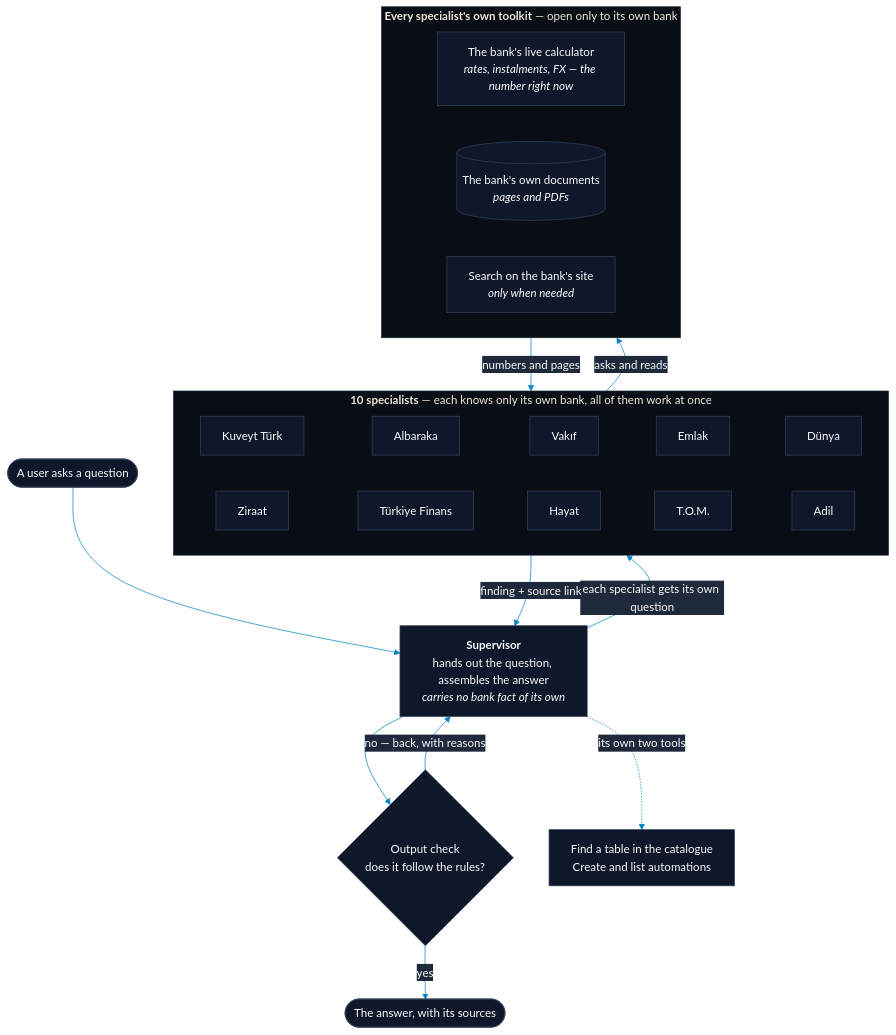
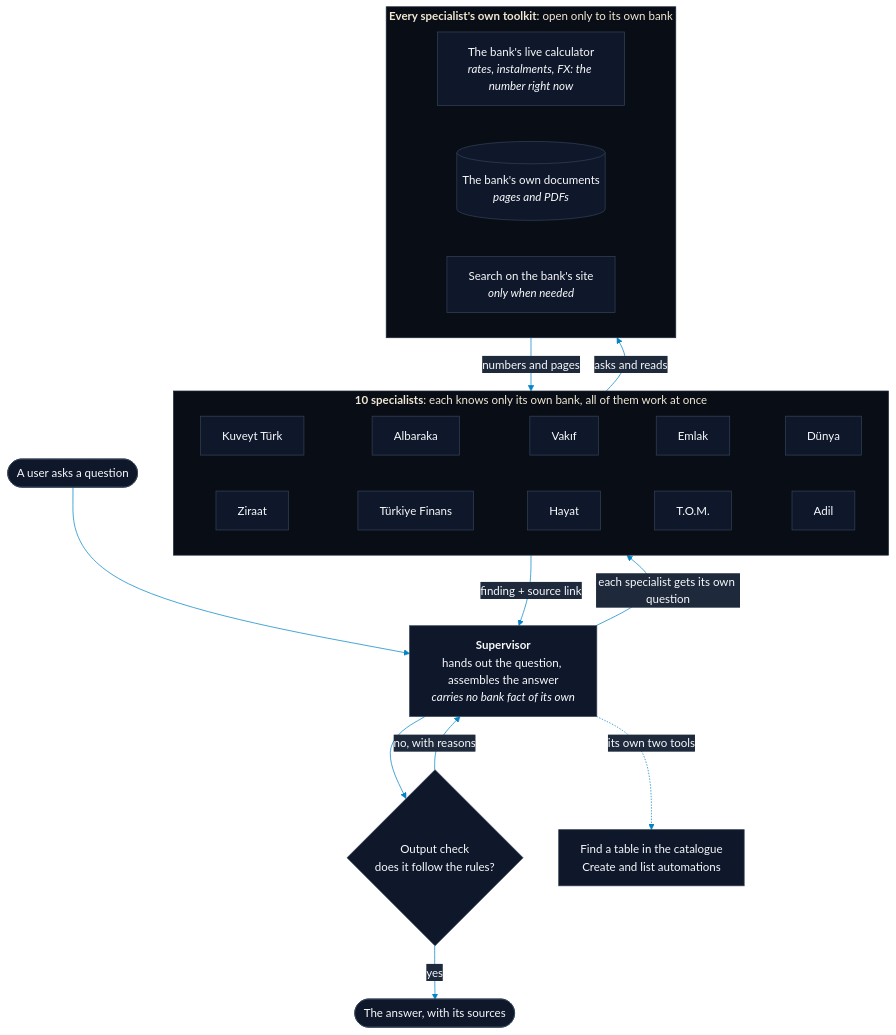
One commit to Abdurrahman-Wahdan/TEKNOFEST2026-Yapay-Zeka-Dil-Ajanlari-Yarismasi-KERMITS changed diagram 14 of 18 in README.md. Above: the diagram before and after it, drawn with Mermaid. The commit also changed other lines of this file, not shown here.

````diff
--- a/README.md
+++ b/README.md
@@ -1086,32 +1062,32 @@
 ```mermaid
 %%{init: {'theme':'base','themeVariables':{'primaryColor':'#0f172a','primaryTextColor':'#f8fafc','primaryBorderColor':'#334155','lineColor':'#0284c7','secondaryColor':'#1e293b','tertiaryColor':'#0f172a','clusterBkg':'#090d16','clusterBorder':'#1e293b'}}}%%
 flowchart TB
     U(["A user asks a question"])
     SUP["<b>Supervisor</b><br/>hands out the question, assembles the answer<br/><i>carries no bank fact of its own</i>"]
 
     U --> SUP
 
-    subgraph SPEC["<b>10 specialists</b> — each knows only its own bank, all of them work at once"]
+    subgraph SPEC["<b>10 specialists</b>: each knows only its own bank, all of them work at once"]
         direction LR
         S1["Kuveyt Türk"] ~~~ S2["Albaraka"] ~~~ S3["Vakıf"] ~~~ S4["Emlak"] ~~~ S5["Dünya"]
         S6["Ziraat"] ~~~ S7["Türkiye Finans"] ~~~ S8["Hayat"] ~~~ S9["T.O.M."] ~~~ S10["Adil"]
     end
 
-    subgraph TOOLS["<b>Every specialist's own toolkit</b> — open only to its own bank"]
+    subgraph TOOLS["<b>Every specialist's own toolkit</b>: open only to its own bank"]
         direction LR
-        T1["The bank's live calculator<br/><i>rates, instalments, FX — the number right now</i>"]
+        T1["The bank's live calculator<br/><i>rates, instalments, FX: the number right now</i>"]
         T2[("The bank's own documents<br/><i>pages and PDFs</i>")]
         T3["Search on the bank's site<br/><i>only when needed</i>"]
     end
 
     SUP -->|"each specialist gets its own question"| SPEC
     SPEC -->|"asks and reads"| TOOLS
     TOOLS -->|"numbers and pages"| SPEC
     SPEC -->|"finding + source link"| SUP
 
     SUP --> G{"Output check<br/>does it follow the rules?"}
-    G -->|"no — back, with reasons"| SUP
+    G -->|"no, with reasons"| SUP
     G -->|"yes"| OUT(["The answer, with its sources"])
 
     SUP -.->|"its own two tools"| SUPT["Find a table in the catalogue<br/>Create and list automations"]
 ```
````
